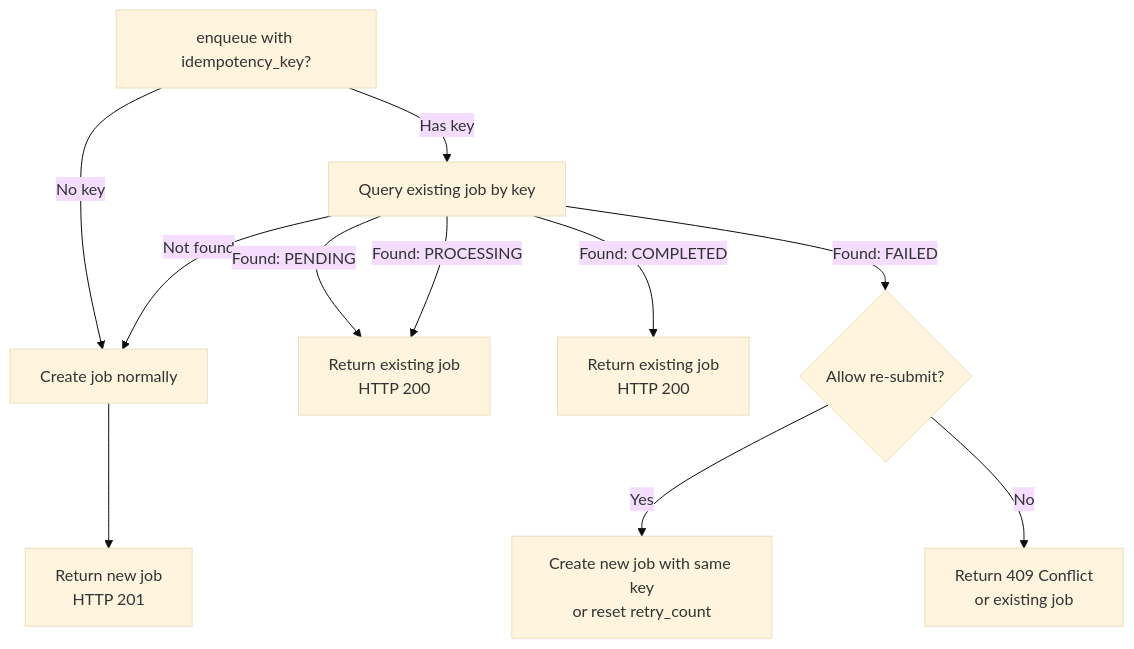
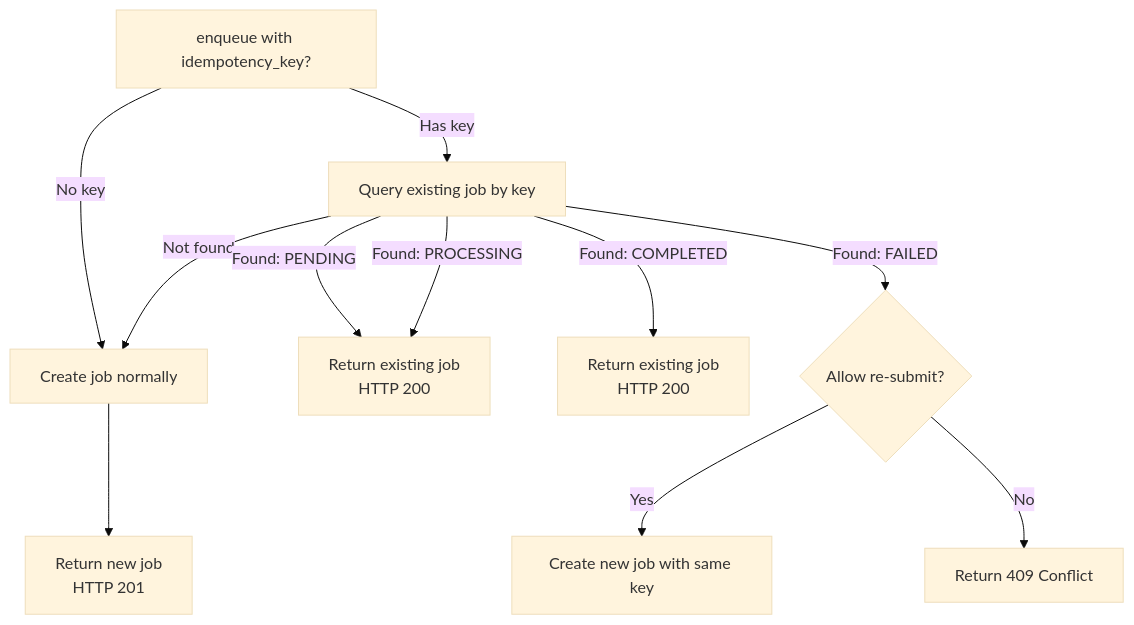
The second of 2 diagrams in .agents/shared/planning/job-system-improvements/phase4-plan.md (disillusioners/ensemble), drawn with Mermaid (base theme) before and after one commit. The commit also changed other lines of this file and 8 other files, not shown here.

````diff
--- a/.agents/shared/planning/job-system-improvements/phase4-plan.md
+++ b/.agents/shared/planning/job-system-improvements/phase4-plan.md
@@ -89,16 +70,16 @@
 ```mermaid
 flowchart TD
     A[enqueue with idempotency_key?] -->|No key| B[Create job normally]
     A -->|Has key| C[Query existing job by key]
     
     C -->|Not found| B
     C -->|Found: PENDING| D[Return existing job<br/>HTTP 200]
     C -->|Found: PROCESSING| D
     C -->|Found: COMPLETED| E[Return existing job<br/>HTTP 200]
     C -->|Found: FAILED| F{Allow re-submit?}
     
-    F -->|Yes| G[Create new job with same key<br/>or reset retry_count]
-    F -->|No| H[Return 409 Conflict<br/>or existing job]
+    F -->|Yes| G[Create new job with same key]
+    F -->|No| H[Return 409 Conflict]
     
     B --> I[Return new job<br/>HTTP 201]
 ```
````
